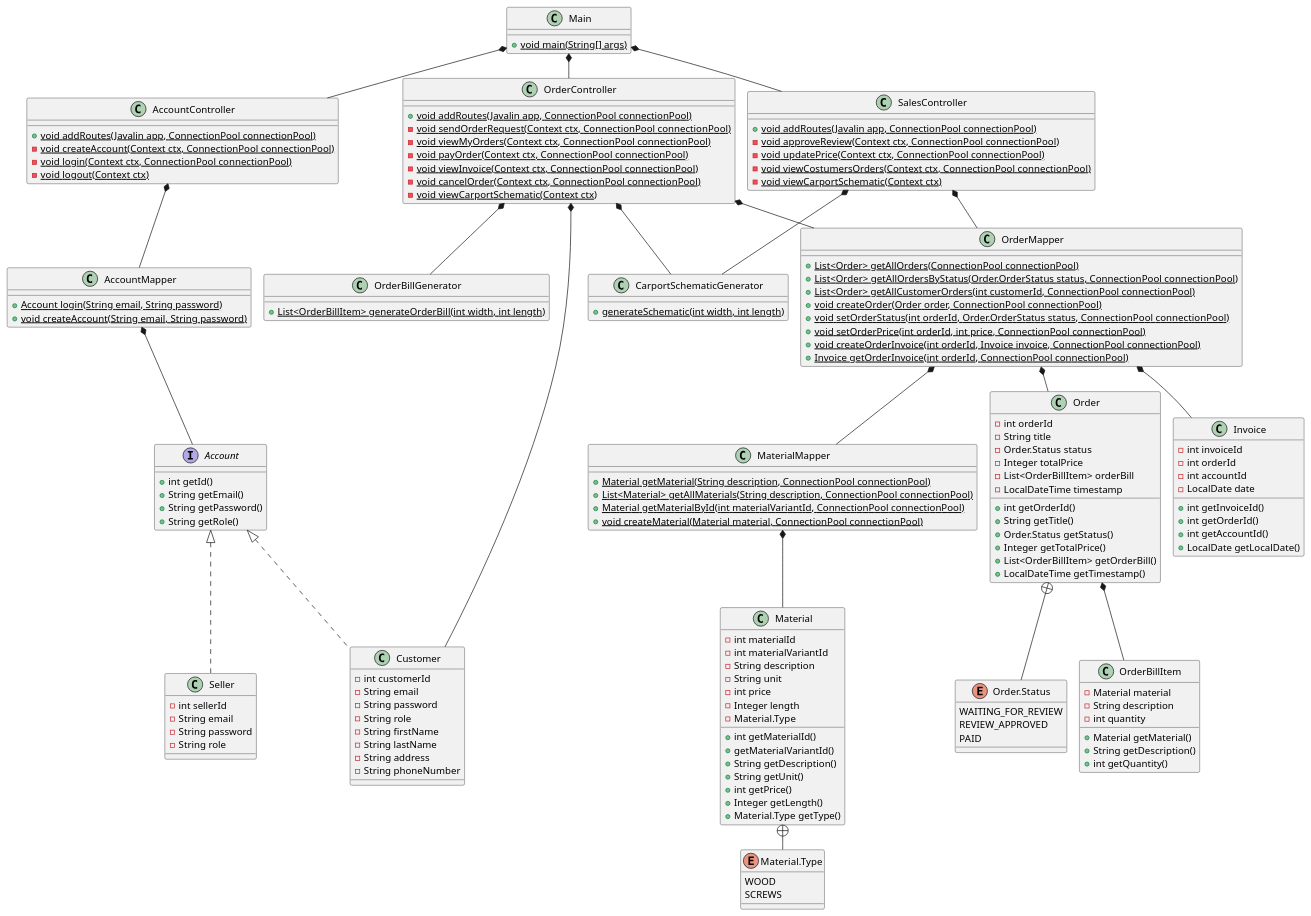
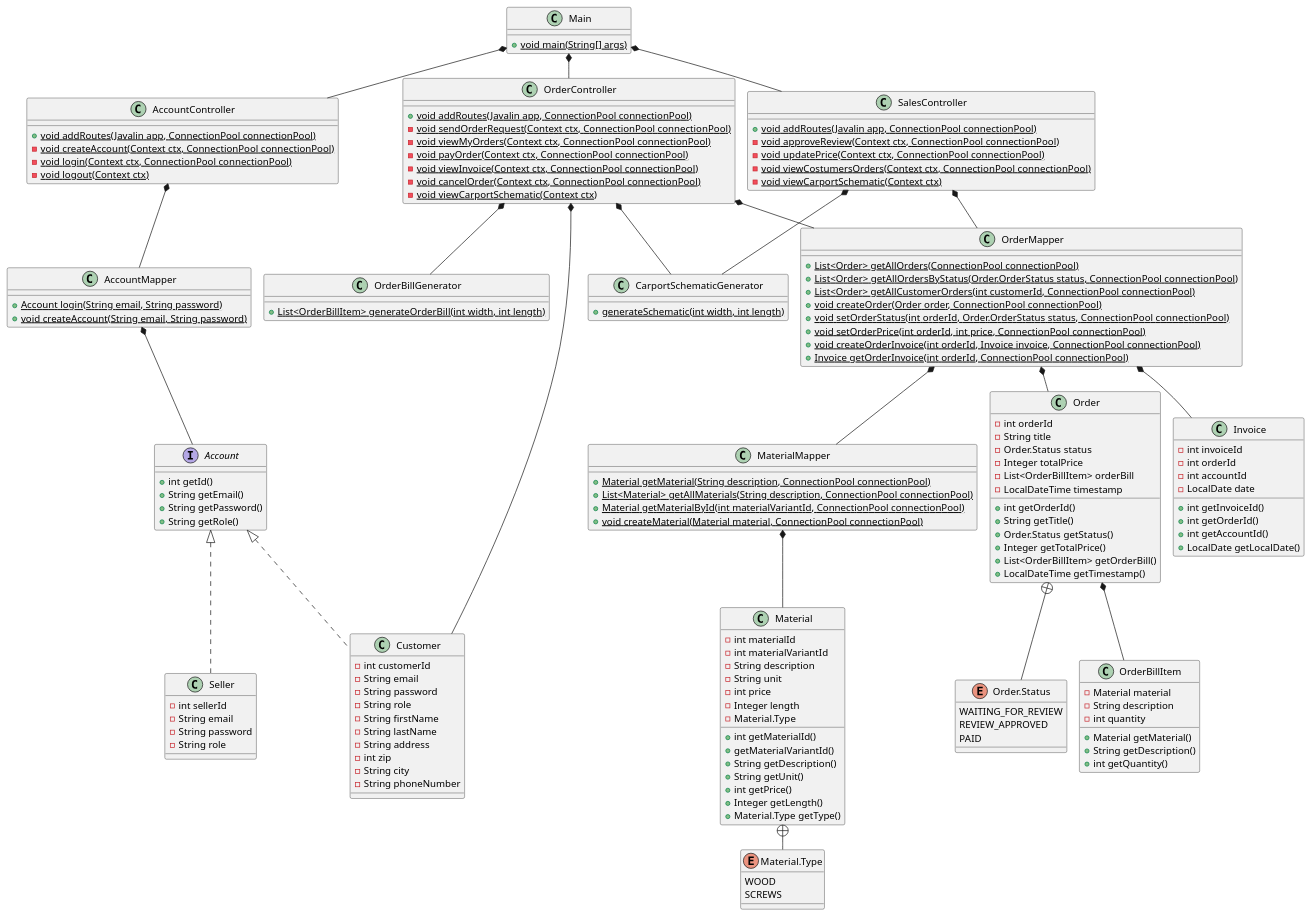
Before and after one commit to Shiihon/Dat2_Carport: the diagram in doc/static/class_diagrams/class_diagram1.puml, drawn with PlantUML. The commit also changed 1 other file, not shown here.

Commit message:
Add zip and city attributes

```diff
--- a/doc/static/class_diagrams/class_diagram1.puml
+++ b/doc/static/class_diagrams/class_diagram1.puml
@@ -1,182 +1,184 @@
 @startuml
 'https://plantuml.com/class-diagram
 !pragma layout smetana
 set separator none
 
 class Main {
     + {static} void main(String[] args)
 }
 
 class AccountController {
     + {static} void addRoutes(Javalin app, ConnectionPool connectionPool)
     - {static} void createAccount(Context ctx, ConnectionPool connectionPool)
     - {static} void login(Context ctx, ConnectionPool connectionPool)
     - {static} void logout(Context ctx)
 }
 
 class SalesController {
     + {static} void addRoutes(Javalin app, ConnectionPool connectionPool)
     - {static} void approveReview(Context ctx, ConnectionPool connectionPool)
     - {static} void updatePrice(Context ctx, ConnectionPool connectionPool)
     - {static} void viewCostumersOrders(Context ctx, ConnectionPool connectionPool)
     - {static} void viewCarportSchematic(Context ctx)
 }
 
 class OrderController {
     + {static} void addRoutes(Javalin app, ConnectionPool connectionPool)
     - {static} void sendOrderRequest(Context ctx, ConnectionPool connectionPool)
     - {static} void viewMyOrders(Context ctx, ConnectionPool connectionPool)
     - {static} void payOrder(Context ctx, ConnectionPool connectionPool)
     - {static} void viewInvoice(Context ctx, ConnectionPool connectionPool)
     - {static} void cancelOrder(Context ctx, ConnectionPool connectionPool)
     - {static} void viewCarportSchematic(Context ctx)
 }
 
 class AccountMapper {
     + {static} Account login(String email, String password)
     + {static} void createAccount(String email, String password)
 }
 
 class OrderMapper {
     + {static} List<Order> getAllOrders(ConnectionPool connectionPool)
     + {static} List<Order> getAllOrdersByStatus(Order.OrderStatus status, ConnectionPool connectionPool)
     + {static} List<Order> getAllCustomerOrders(int customerId, ConnectionPool connectionPool)
     + {static} void createOrder(Order order, ConnectionPool connectionPool)
     + {static} void setOrderStatus(int orderId, Order.OrderStatus status, ConnectionPool connectionPool)
     + {static} void setOrderPrice(int orderId, int price, ConnectionPool connectionPool)
     + {static} void createOrderInvoice(int orderId, Invoice invoice, ConnectionPool connectionPool)
     + {static} Invoice getOrderInvoice(int orderId, ConnectionPool connectionPool)
 }
 
 class MaterialMapper {
     + {static} Material getMaterial(String description, ConnectionPool connectionPool)
     + {static} List<Material> getAllMaterials(String description, ConnectionPool connectionPool)
     + {static} Material getMaterialById(int materialVariantId, ConnectionPool connectionPool)
     + {static} void createMaterial(Material material, ConnectionPool connectionPool)
 }
 
 interface Account {
     + int getId()
     + String getEmail()
     + String getPassword()
     + String getRole()
 }
 
 class Seller implements Account {
     - int sellerId
     - String email
     - String password
     - String role
 }
 
 class Customer implements Account {
     - int customerId
     - String email
     - String password
     - String role
     - String firstName
     - String lastName
     - String address
+    - int zip
+    - String city
     - String phoneNumber
 }
 
 class CarportSchematicGenerator {
     + {static} generateSchematic(int width, int length)
 }
 
 class OrderBillGenerator {
     + {static} List<OrderBillItem> generateOrderBill(int width, int length)
 }
 
 class Order {
     - int orderId
     - String title
     - Order.Status status
     - Integer totalPrice
     - List<OrderBillItem> orderBill
     - LocalDateTime timestamp
 
     + int getOrderId()
     + String getTitle()
     + Order.Status getStatus()
     + Integer getTotalPrice()
     + List<OrderBillItem> getOrderBill()
     + LocalDateTime getTimestamp()
 }
 
 enum Order.Status {
     WAITING_FOR_REVIEW
     REVIEW_APPROVED
     PAID
 }
 
 class OrderBillItem {
     - Material material
     - String description
     - int quantity
 
     + Material getMaterial()
     + String getDescription()
     + int getQuantity()
 }
 
 class Invoice {
     - int invoiceId
     - int orderId
     - int accountId
     - LocalDate date
 
     + int getInvoiceId()
     + int getOrderId()
     + int getAccountId()
     + LocalDate getLocalDate()
 }
 
 class Material {
     - int materialId
     - int materialVariantId
     - String description
     - String unit
     - int price
     - Integer length
     - Material.Type
 
     + int getMaterialId()
     + getMaterialVariantId()
     + String getDescription()
     + String getUnit()
     + int getPrice()
     + Integer getLength()
     + Material.Type getType()
 }
 
 enum Material.Type {
     WOOD
     SCREWS
 }
 
 Main *-- AccountController
 Main *-- OrderController
 Main *-- SalesController
 
 AccountController *-- AccountMapper
 OrderController *-- OrderMapper
 SalesController *-- OrderMapper
 
 OrderController *-- CarportSchematicGenerator
 OrderController *-- OrderBillGenerator
 OrderController *-- Customer
 SalesController *-- CarportSchematicGenerator
 
 AccountMapper *-- Account
 OrderMapper *-- Order
 OrderMapper *-- Invoice
 OrderMapper *-- MaterialMapper
 MaterialMapper *-- Material
 
 Order *-- OrderBillItem
 Order +-- Order.Status
 
 Material +-- Material.Type
 
 @enduml
```
